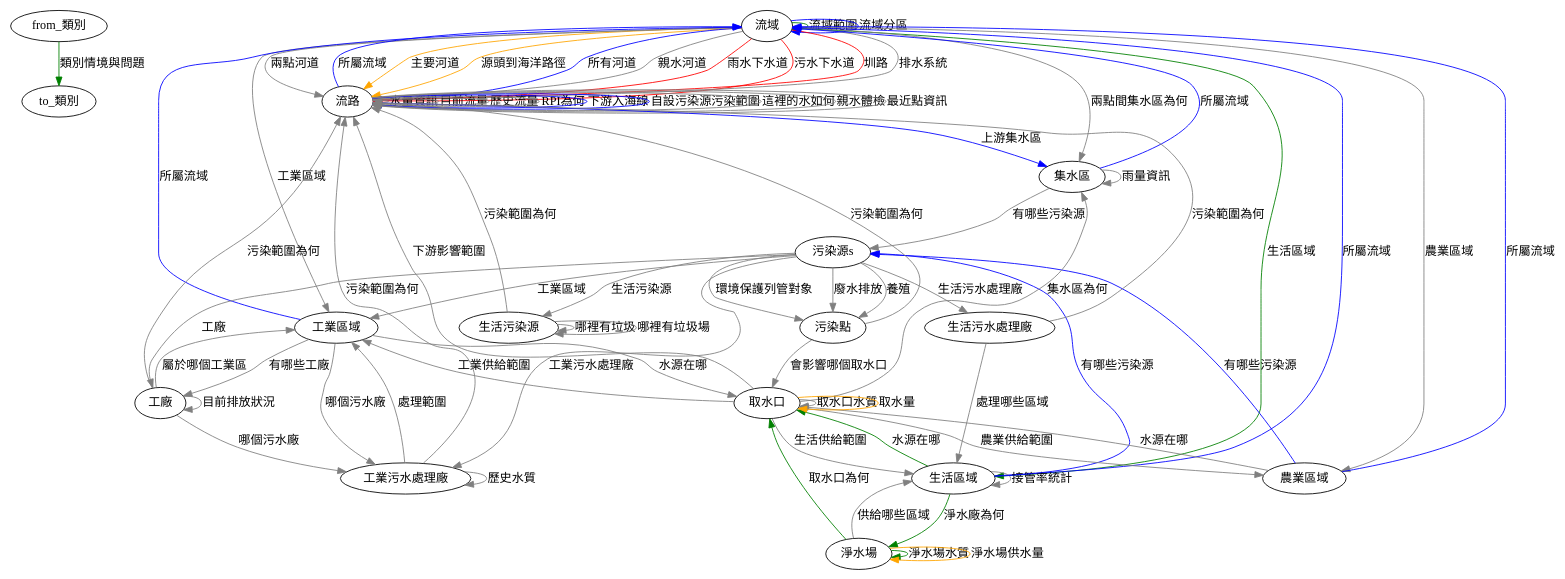
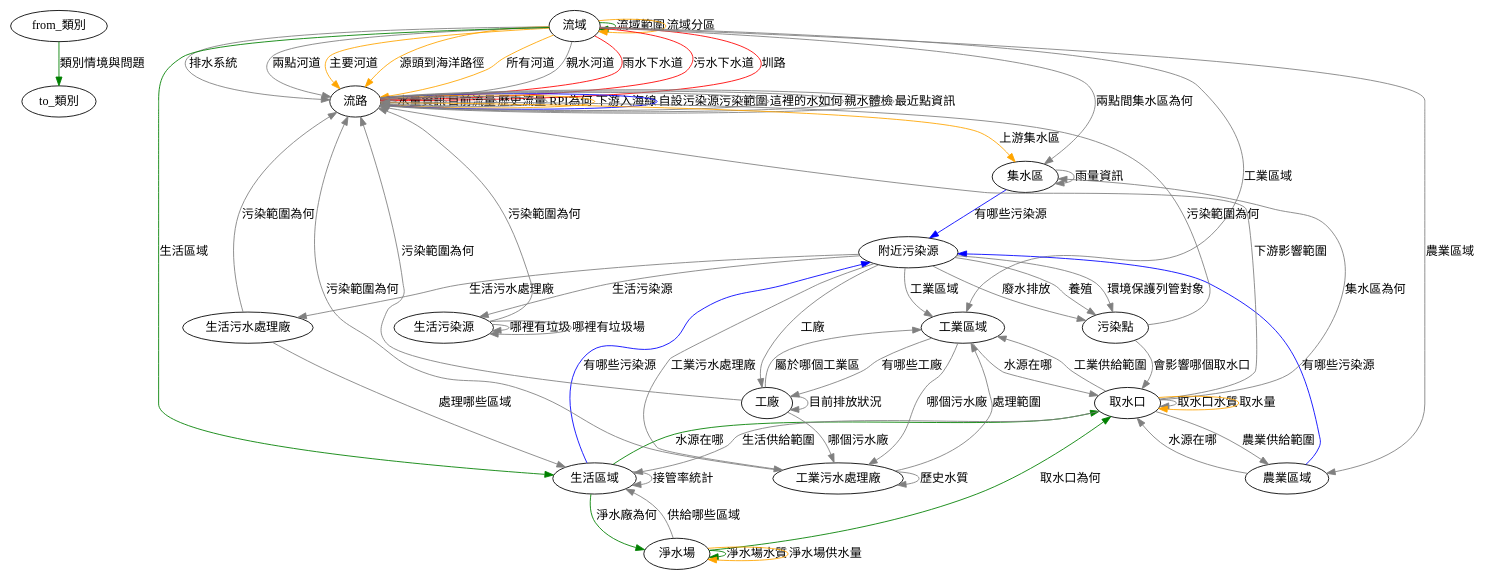
One commit to aga3134/SourcingWater changed the diagram in tools/TopoTextToDot/output.dot. Above: the diagram before and after it, drawn with Graphviz. The commit also changed 9 other files, not shown here.

```diff
--- a/tools/TopoTextToDot/output.dot
+++ b/tools/TopoTextToDot/output.dot
@@ -1,77 +1,72 @@
 digraph G {
 	"from_類別"->"to_類別"[label="類別情境與問題",color="green",style=""]
 	"流域"->"流域"[label="流域範圍",color="green",style=""]
 	"流域"->"流路"[label="主要河道",color="orange",style=""]
 	"流域"->"流路"[label="源頭到海洋路徑",color="orange",style=""]
-	"流域"->"流路"[label="所有河道",color="blue",style=""]
+	"流域"->"流路"[label="所有河道",color="orange",style=""]
 	"流域"->"流路"[label="親水河道",color="gray",style=""]
 	"流域"->"生活區域"[label="生活區域",color="green",style=""]
 	"流域"->"農業區域"[label="農業區域",color="gray",style=""]
 	"流域"->"工業區域"[label="工業區域",color="gray",style=""]
 	"流域"->"流路"[label="雨水下水道",color="red",style=""]
 	"流域"->"流路"[label="污水下水道",color="red",style=""]
-	"流域"->"流域"[label="流域分區",color="blue",style=""]
+	"流域"->"流域"[label="流域分區",color="orange",style=""]
 	"流域"->"流路"[label="圳路",color="red",style=""]
 	"流域"->"流路"[label="排水系統",color="gray",style=""]
 	"流域"->"流路"[label="兩點河道",color="gray",style=""]
 	"流域"->"集水區"[label="兩點間集水區為何",color="gray",style=""]
 	"流路"->"流路"[label="水量資訊",color="gray",style=""]
 	"流路"->"流路"[label="目前流量",color="gray",style=""]
 	"流路"->"流路"[label="歷史流量",color="gray",style=""]
 	"流路"->"流路"[label="RPI為何",color="gray",style=""]
-	"流路"->"集水區"[label="上游集水區",color="blue",style=""]
-	"流路"->"流路"[label="下游入海線",color="blue",style=""]
+	"流路"->"集水區"[label="上游集水區",color="orange",style=""]
+	"流路"->"流路"[label="下游入海線",color="orange",style=""]
 	"流路"->"流路"[label="自設污染源污染範圍",color="blue",style=""]
 	"流路"->"流路"[label="這裡的水如何",color="gray",style=""]
 	"流路"->"流路"[label="親水體檢",color="gray",style=""]
 	"流路"->"流路"[label="最近點資訊",color="gray",style=""]
-	"流路"->"流域"[label="所屬流域",color="blue",style=""]
 	"生活區域"->"取水口"[label="水源在哪",color="green",style=""]
 	"生活區域"->"生活區域"[label="接管率統計",color="gray",style=""]
 	"生活區域"->"淨水場"[label="淨水廠為何",color="green",style=""]
-	"生活區域"->"污染源s"[label="有哪些污染源",color="blue",style=""]
-	"生活區域"->"流域"[label="所屬流域",color="blue",style=""]
+	"生活區域"->"附近污染源"[label="有哪些污染源",color="blue",style=""]
 	"農業區域"->"取水口"[label="水源在哪",color="gray",style=""]
-	"農業區域"->"流域"[label="所屬流域",color="blue",style=""]
-	"農業區域"->"污染源s"[label="有哪些污染源",color="blue",style=""]
+	"農業區域"->"附近污染源"[label="有哪些污染源",color="blue",style=""]
 	"取水口"->"流路"[label="下游影響範圍",color="gray",style=""]
 	"取水口"->"取水口"[label="取水口水質",color="gray",style=""]
 	"取水口"->"取水口"[label="取水量",color="orange",style=""]
 	"取水口"->"集水區"[label="集水區為何",color="gray",style=""]
 	"取水口"->"生活區域"[label="生活供給範圍",color="gray",style=""]
 	"取水口"->"農業區域"[label="農業供給範圍",color="gray",style=""]
 	"取水口"->"工業區域"[label="工業供給範圍",color="gray",style=""]
 	"淨水場"->"生活區域"[label="供給哪些區域",color="gray",style=""]
 	"淨水場"->"取水口"[label="取水口為何",color="green",style=""]
 	"淨水場"->"淨水場"[label="淨水場水質",color="green",style=""]
 	"淨水場"->"淨水場"[label="淨水場供水量",color="orange",style=""]
-	"集水區"->"污染源s"[label="有哪些污染源",color="gray",style=""]
+	"集水區"->"附近污染源"[label="有哪些污染源",color="blue",style=""]
 	"集水區"->"集水區"[label="雨量資訊",color="gray",style=""]
-	"集水區"->"流域"[label="所屬流域",color="blue",style=""]
-	"污染源s"->"工廠"[label="工廠",color="gray",style=""]
-	"污染源s"->"工業區域"[label="工業區域",color="gray",style=""]
-	"污染源s"->"生活污染源"[label="生活污染源",color="gray",style=""]
-	"污染源s"->"工業污水處理廠"[label="工業污水處理廠",color="gray",style=""]
-	"污染源s"->"生活污水處理廠"[label="生活污水處理廠",color="gray",style=""]
-	"污染源s"->"污染點"[label="環境保護列管對象",color="gray",style=""]
-	"污染源s"->"污染點"[label="廢水排放",color="gray",style=""]
-	"污染源s"->"污染點"[label="養殖",color="gray",style=""]
+	"附近污染源"->"工廠"[label="工廠",color="gray",style=""]
+	"附近污染源"->"工業區域"[label="工業區域",color="gray",style=""]
+	"附近污染源"->"生活污染源"[label="生活污染源",color="gray",style=""]
+	"附近污染源"->"工業污水處理廠"[label="工業污水處理廠",color="gray",style=""]
+	"附近污染源"->"生活污水處理廠"[label="生活污水處理廠",color="gray",style=""]
+	"附近污染源"->"污染點"[label="環境保護列管對象",color="gray",style=""]
+	"附近污染源"->"污染點"[label="廢水排放",color="gray",style=""]
+	"附近污染源"->"污染點"[label="養殖",color="gray",style=""]
 	"工廠"->"工廠"[label="目前排放狀況",color="gray",style=""]
 	"工廠"->"流路"[label="污染範圍為何",color="gray",style=""]
 	"工廠"->"工業污水處理廠"[label="哪個污水廠",color="gray",style=""]
 	"工廠"->"工業區域"[label="屬於哪個工業區",color="gray",style=""]
 	"工業區域"->"工業污水處理廠"[label="哪個污水廠",color="gray",style=""]
 	"工業區域"->"工廠"[label="有哪些工廠",color="gray",style=""]
 	"工業區域"->"取水口"[label="水源在哪",color="gray",style=""]
-	"工業區域"->"流域"[label="所屬流域",color="blue",style=""]
 	"生活污染源"->"流路"[label="污染範圍為何",color="gray",style=""]
 	"生活污染源"->"生活污染源"[label="哪裡有垃圾",color="gray",style=""]
 	"生活污染源"->"生活污染源"[label="哪裡有垃圾場",color="gray",style=""]
 	"工業污水處理廠"->"流路"[label="污染範圍為何",color="gray",style=""]
 	"工業污水處理廠"->"工業區域"[label="處理範圍",color="gray",style=""]
 	"工業污水處理廠"->"工業污水處理廠"[label="歷史水質",color="gray",style=""]
 	"生活污水處理廠"->"流路"[label="污染範圍為何",color="gray",style=""]
 	"生活污水處理廠"->"生活區域"[label="處理哪些區域",color="gray",style=""]
 	"污染點"->"流路"[label="污染範圍為何",color="gray",style=""]
 	"污染點"->"取水口"[label="會影響哪個取水口",color="gray",style=""]
 }
```
